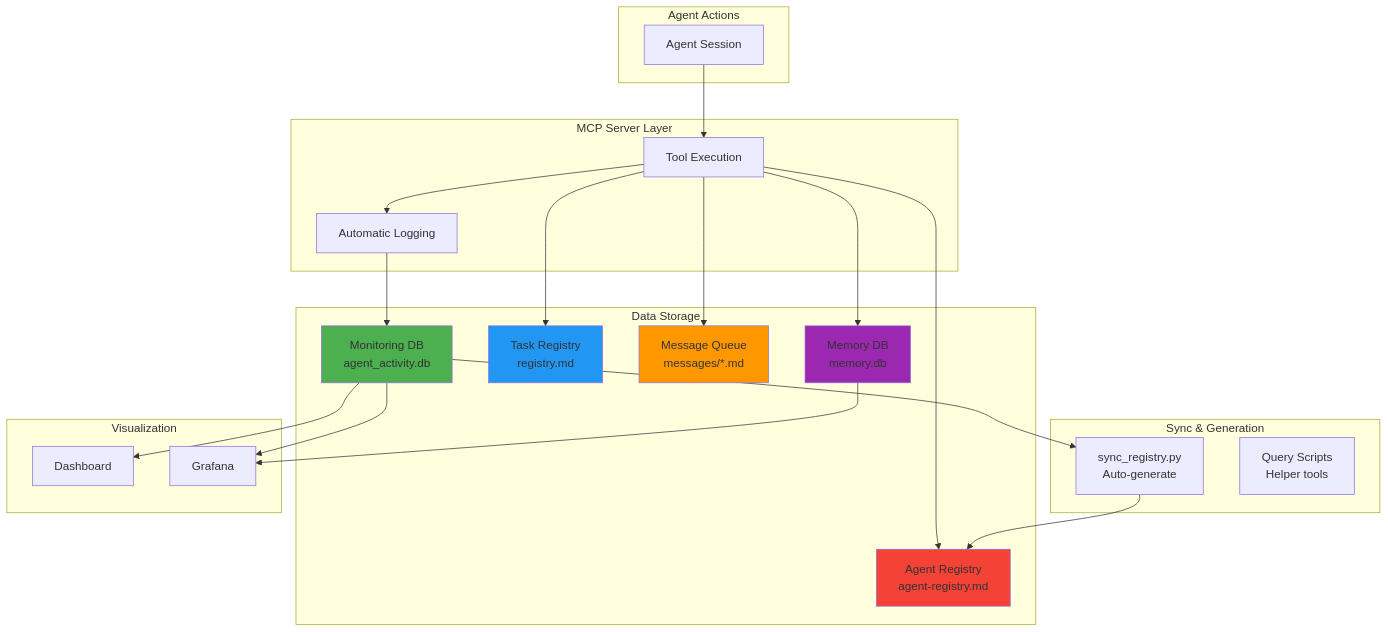
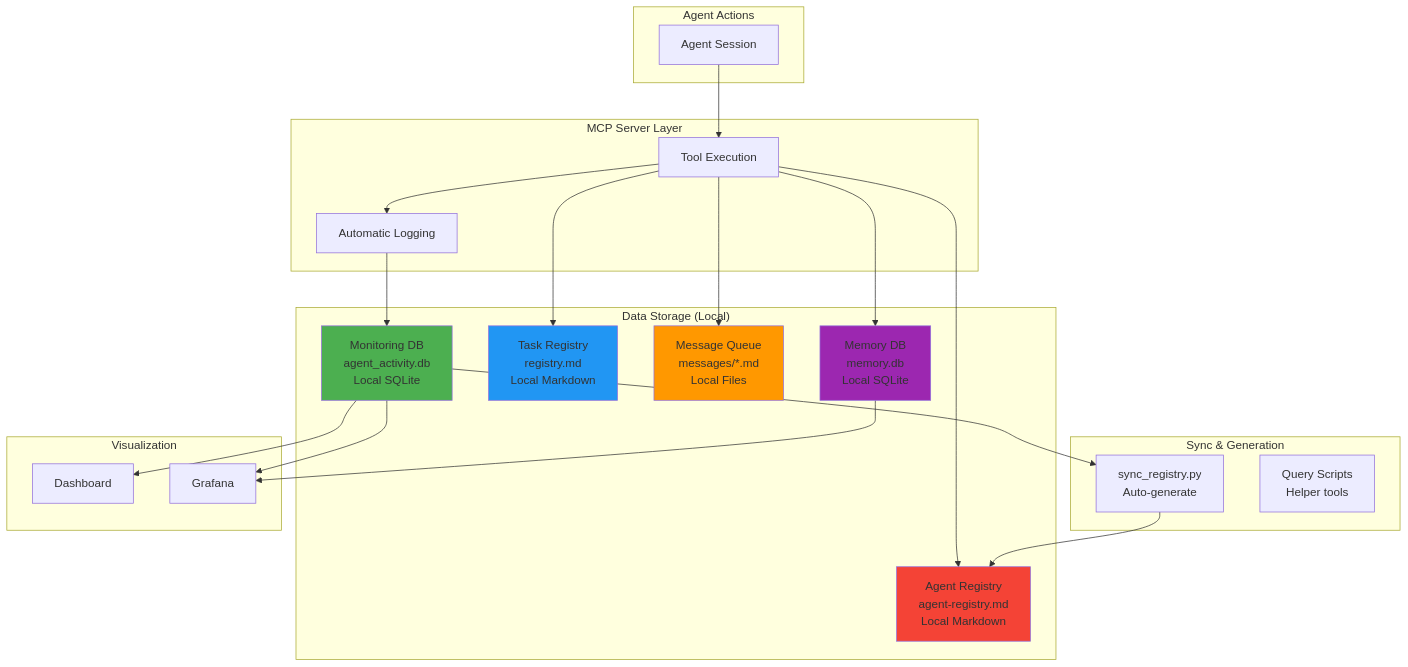
Before and after one commit to unarmedpuppy/homelab-ai: the ninth of 20 diagrams in agents/docs/COMPLETE_SYSTEM_VISUALIZATION.md, drawn with Mermaid. The commit also changed other lines of this file and 143 other files, not shown here.

````diff
--- a/agents/docs/COMPLETE_SYSTEM_VISUALIZATION.md
+++ b/agents/docs/COMPLETE_SYSTEM_VISUALIZATION.md
@@ -389,50 +447,50 @@
 ```mermaid
 graph TB
     subgraph "Agent Actions"
         A1[Agent Session]
     end
     
     subgraph "MCP Server Layer"
         B1[Tool Execution]
         B2[Automatic Logging]
     end
     
-    subgraph "Data Storage"
-        C1[Monitoring DB<br/>agent_activity.db]
-        C2[Task Registry<br/>registry.md]
-        C3[Message Queue<br/>messages/*.md]
-        C4[Memory DB<br/>memory.db]
-        C5[Agent Registry<br/>agent-registry.md]
+    subgraph "Data Storage (Local)"
+        C1[Monitoring DB<br/>agent_activity.db<br/>Local SQLite]
+        C2[Task Registry<br/>registry.md<br/>Local Markdown]
+        C3[Message Queue<br/>messages/*.md<br/>Local Files]
+        C4[Memory DB<br/>memory.db<br/>Local SQLite]
+        C5[Agent Registry<br/>agent-registry.md<br/>Local Markdown]
     end
     
     subgraph "Sync & Generation"
         D1[sync_registry.py<br/>Auto-generate]
         D2[Query Scripts<br/>Helper tools]
     end
     
     subgraph "Visualization"
         E1[Dashboard]
         E2[Grafana]
     end
     
     A1 --> B1
     B1 --> B2
     B2 --> C1
     B1 --> C2
     B1 --> C3
     B1 --> C4
     B1 --> C5
     
     C1 --> D1
     D1 --> C5
     
     C1 --> E1
     C1 --> E2
     C4 --> E2
     
     style C1 fill:#4caf50
     style C2 fill:#2196f3
     style C3 fill:#ff9800
     style C4 fill:#9c27b0
     style C5 fill:#f44336
 ```
````
